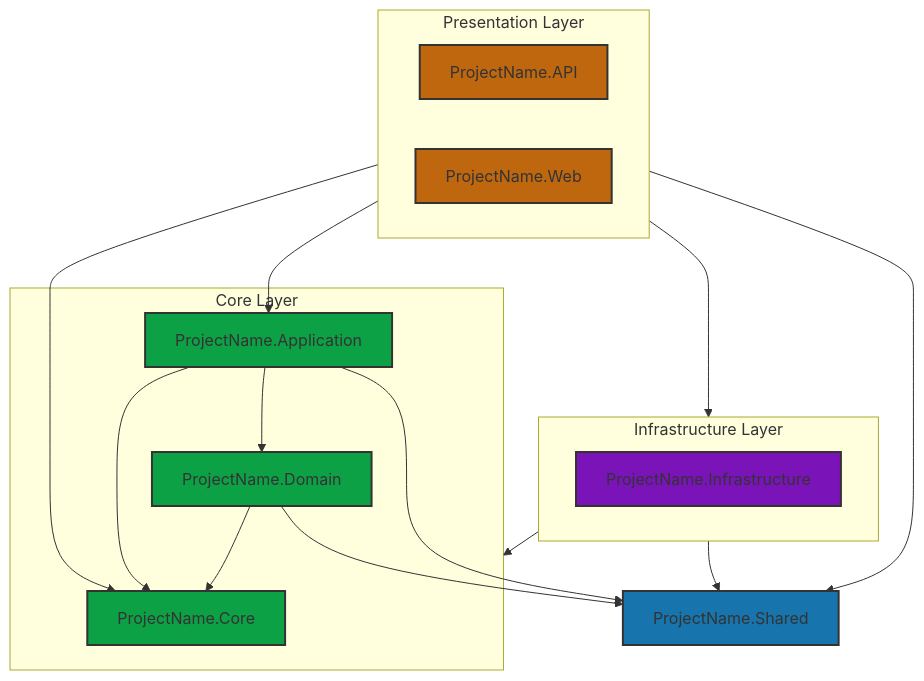
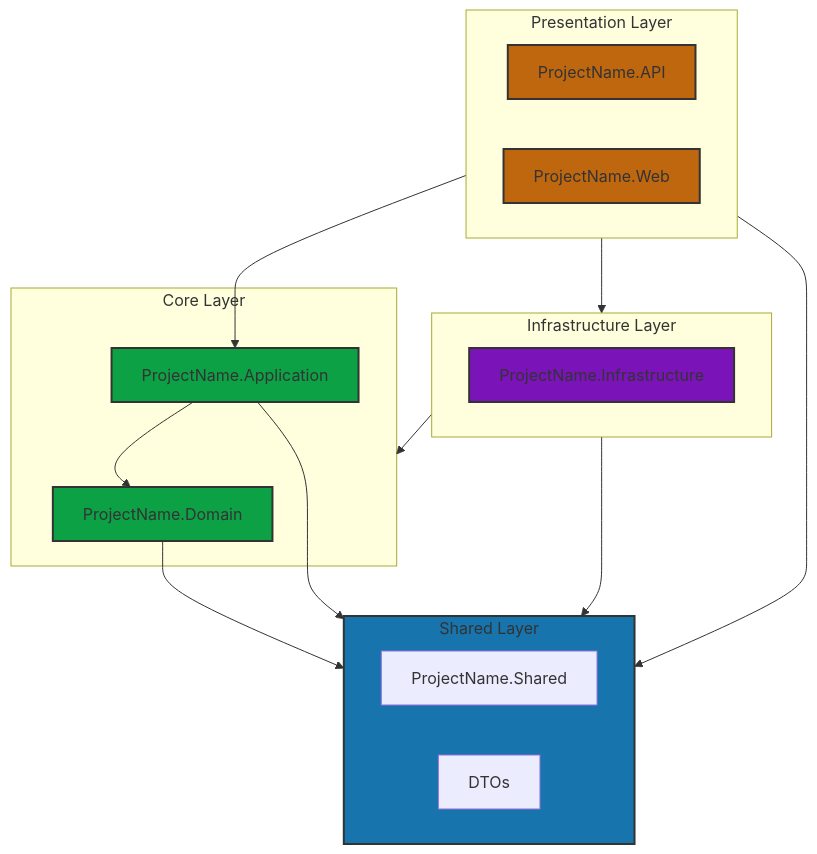
One commit to standleypg/Modular-Clean-Architecture-with-CQRS-Sample changed the diagram in Documents/project-layer-architecture.mermaid. Above: the diagram before and after it, drawn with Mermaid. The commit also changed 1 other file, not shown here.

```diff
--- a/Documents/project-layer-architecture.mermaid
+++ b/Documents/project-layer-architecture.mermaid
@@ -1,45 +1,44 @@
 graph TB
     subgraph Core["Core Layer"]
-        Core.Contracts["ProjectName.Core"]
         Core.Domain["ProjectName.Domain"]
         Core.Application["ProjectName.Application"]
     end
 
     subgraph Infrastructure["Infrastructure Layer"]
         Infra.Main["ProjectName.Infrastructure"]
     end
 
     subgraph Presentation["Presentation Layer"]
         Present.API["ProjectName.API"]
         Present.Web["ProjectName.Web"]
     end
 
-    Shared["ProjectName.Shared"]
+    subgraph Shared["Shared Layer"]
+        Shared.Main["ProjectName.Shared"]
+        Shared.DTOs["DTOs"]
+    end
 
     %% Core Dependencies
-    Core.Domain --> Core.Contracts
     Core.Domain --> Shared
-    Core.Application --> Core.Contracts
     Core.Application --> Core.Domain
     Core.Application --> Shared
 
     %% Infrastructure Dependencies
     Infrastructure --> Core
     Infrastructure --> Shared
 
     %% Presentation Dependencies
-    Presentation --> Core.Contracts
     Presentation --> Core.Application
     Presentation --> Infrastructure
     Presentation --> Shared
 
     %% Styling
     classDef coreStyle fill:#0da146,stroke:#333,stroke-width:2px
     classDef infraStyle fill:#7a14b8,stroke:#333,stroke-width:2px
     classDef presentStyle fill:#bf670f,stroke:#333,stroke-width:2px
     classDef sharedStyle fill:#1774ad,stroke:#333,stroke-width:2px
 
     class Core.Contracts,Core.Domain,Core.Application coreStyle
     class Infra.Main infraStyle
     class Present.API,Present.Web presentStyle
     class Shared sharedStyle
```
